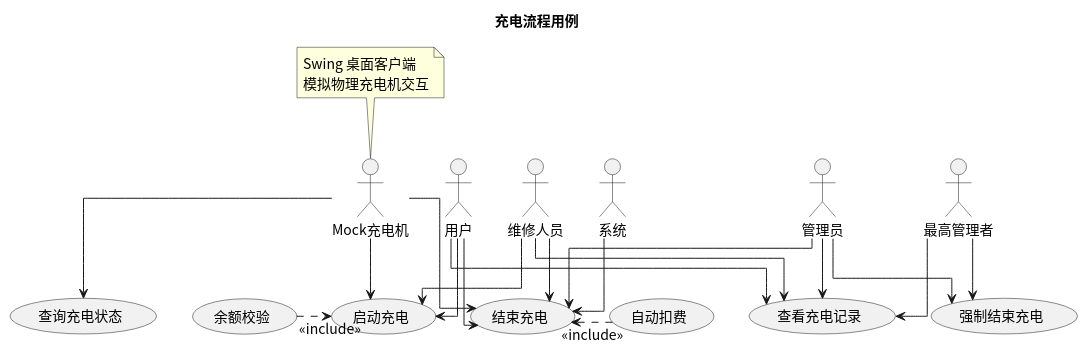
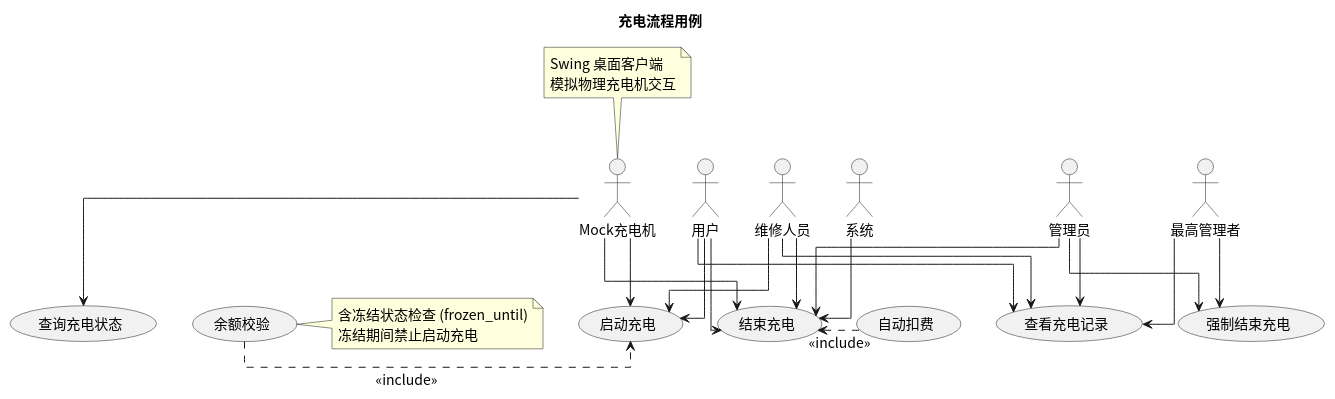
Before and after one commit to greenhandzdl/charging-station-doc: the diagram in usecase/docs/backend/src/charging_flow.puml, drawn with PlantUML. The commit also changed 24 other files, not shown here.

```diff
--- a/usecase/docs/backend/src/charging_flow.puml
+++ b/usecase/docs/backend/src/charging_flow.puml
@@ -1,41 +1,42 @@
 @startuml
 skinparam defaultFontName "Noto Sans CJK SC"
 skinparam defaultFontSize 14
 title 充电流程用例
 skinparam linetype ortho
 
 actor "用户" as U
 actor "维修人员" as M
 actor "管理员" as A
 actor "最高管理者" as SA
 actor "Mock充电机" as MC
 actor "系统" as S
 
 (启动充电)
 (余额校验)
+note right of (余额校验) : 含冻结状态检查 (frozen_until)\n冻结期间禁止启动充电
 (结束充电)
 (自动扣费)
 (强制结束充电)
 (查看充电记录)
 (查询充电状态)
 
 U --> 启动充电
 U --> 结束充电
 U --> 查看充电记录
 M --> 启动充电
 M --> 结束充电
 M --> 查看充电记录
 A --> 查看充电记录
 A --> 强制结束充电
 A --> 结束充电
 SA --> 强制结束充电
 SA --> 查看充电记录
 MC --> 启动充电
 MC --> 结束充电
 MC --> 查询充电状态
 note top of MC : Swing 桌面客户端\n模拟物理充电机交互
 S --> 结束充电
 
 启动充电 <.left. 余额校验 : <<include>>
 结束充电 <.right. 自动扣费 : <<include>>
 @enduml
```
